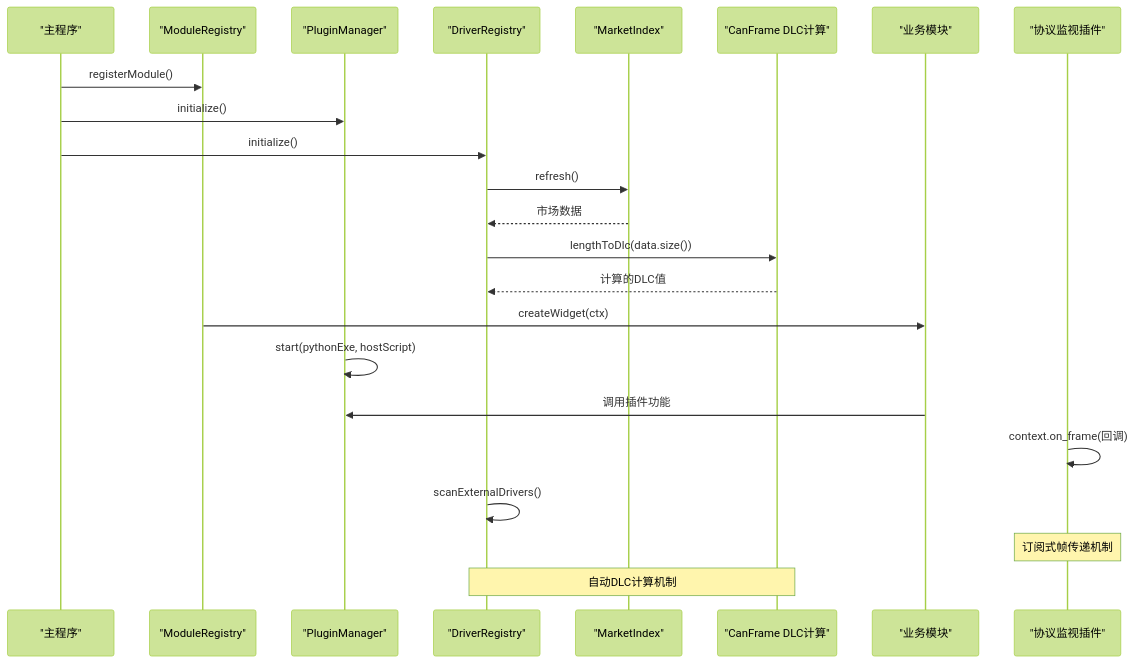
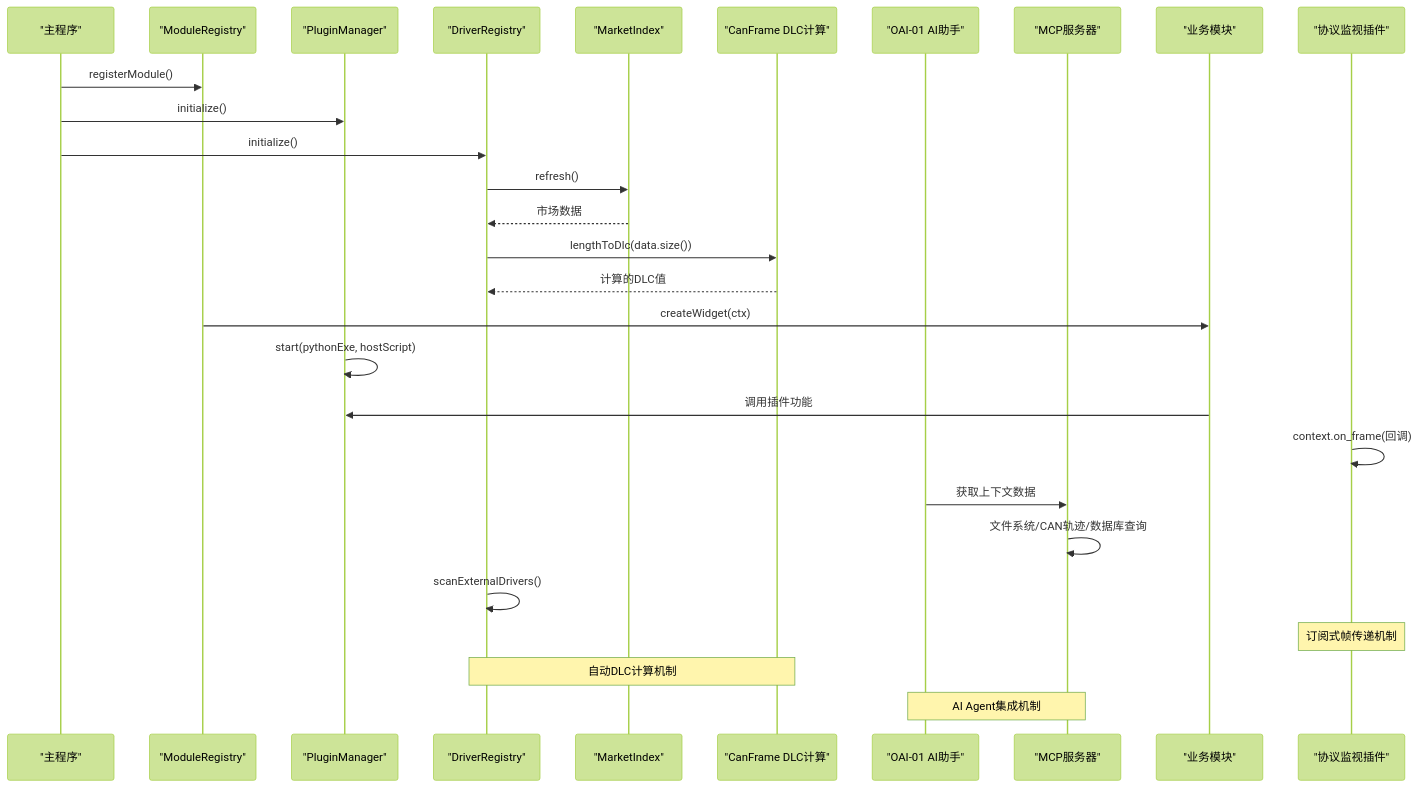
Before and after one commit to jakecai1225-design/OpenBus: the second of 3 diagrams in .qoder/repowiki/zh/content/架构设计/插件系统架构/插件系统架构.md, drawn with Mermaid (forest theme). The commit also changed other lines of this file and 151 other files, not shown here.

````diff
--- a/.qoder/repowiki/zh/content/架构设计/插件系统架构/插件系统架构.md
+++ b/.qoder/repowiki/zh/content/架构设计/插件系统架构/插件系统架构.md
@@ -187,25 +204,30 @@
 ```mermaid
 sequenceDiagram
 participant App as "主程序"
 participant MR as "ModuleRegistry"
 participant PM as "PluginManager"
 participant DR as "DriverRegistry"
 participant MI as "MarketIndex"
 participant CF as "CanFrame DLC计算"
+participant OAI as "OAI-01 AI助手"
+participant MCP as "MCP服务器"
 participant BM as "业务模块"
 participant PMS as "协议监视插件"
 App->>MR : registerModule()
 App->>PM : initialize()
 App->>DR : initialize()
 DR->>MI : refresh()
 MI-->>DR : 市场数据
 DR->>CF : lengthToDlc(data.size())
 CF-->>DR : 计算的DLC值
 MR->>BM : createWidget(ctx)
 PM->>PM : start(pythonExe, hostScript)
 BM->>PM : 调用插件功能
 PMS->>PMS : context.on_frame(回调)
+OAI->>MCP : 获取上下文数据
+MCP->>MCP : 文件系统/CAN轨迹/数据库查询
 DR->>DR : scanExternalDrivers()
 Note over PMS : 订阅式帧传递机制
 Note over DR,CF : 自动DLC计算机制
+Note over OAI,MCP : AI Agent集成机制
 ```
````
